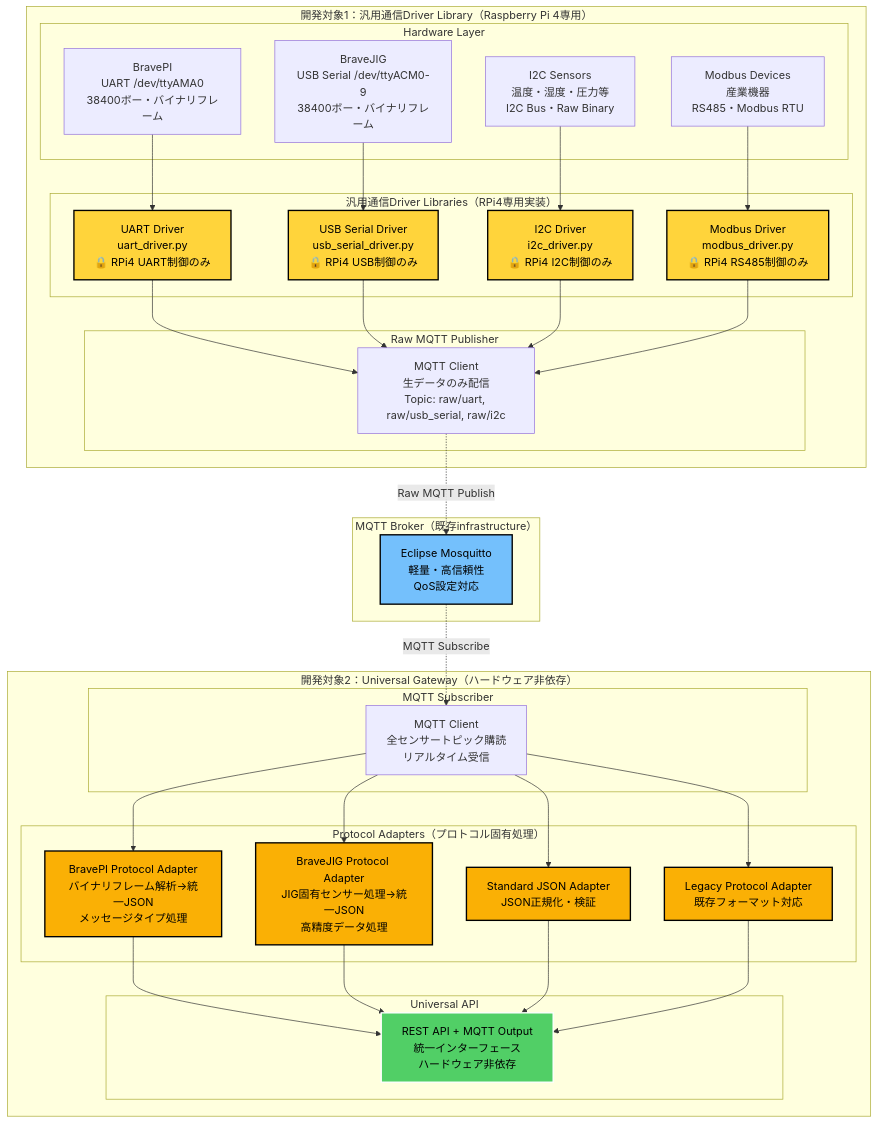
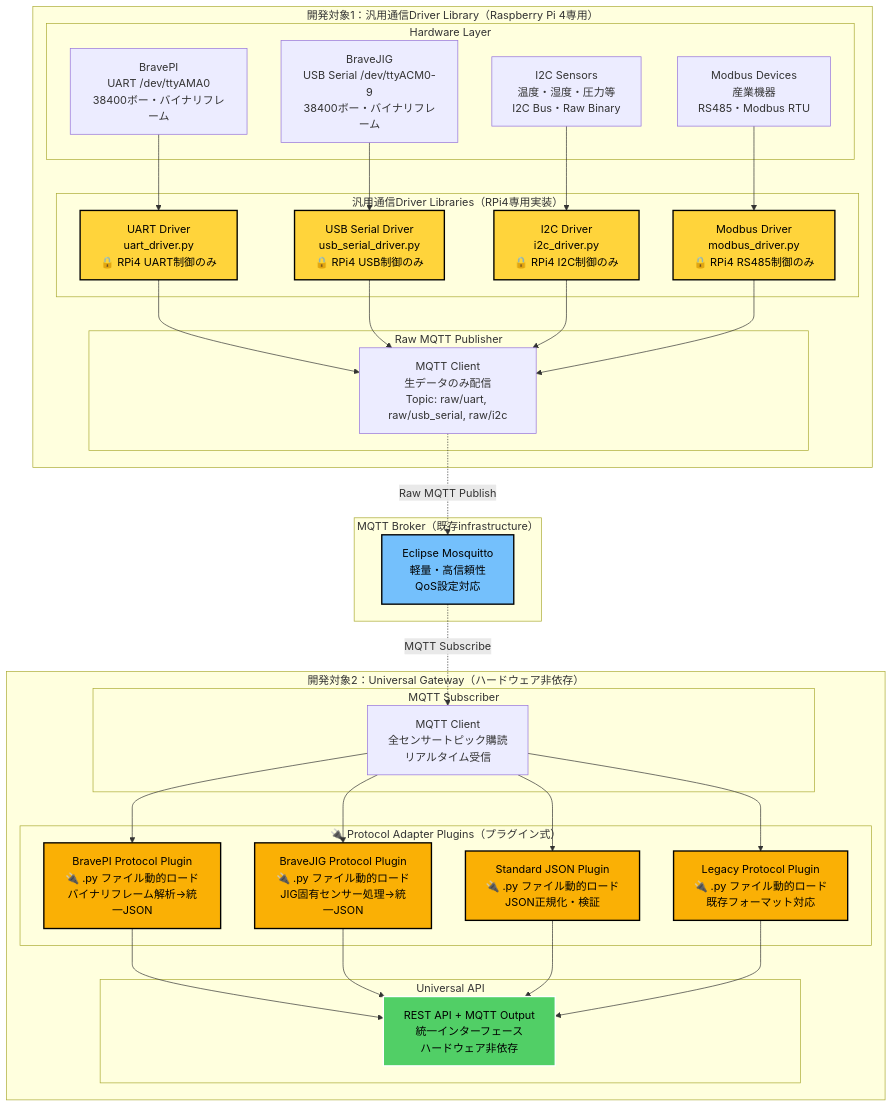
The fifth of 12 diagrams in docs/new-system/architecture/system-overview-diagrams.md (w-pinkietech/iot4-copy), drawn with Mermaid before and after one commit. The commit also changed other lines of this file, not shown here.

````diff
--- a/docs/new-system/architecture/system-overview-diagrams.md
+++ b/docs/new-system/architecture/system-overview-diagrams.md
@@ -256,72 +256,72 @@
 ```mermaid
 graph TB
     subgraph "開発対象1：汎用通信Driver Library（Raspberry Pi 4専用）"
         subgraph "Hardware Layer"
             HW1[BravePI<br/>UART /dev/ttyAMA0<br/>38400ボー・バイナリフレーム]
             HW2[BraveJIG<br/>USB Serial /dev/ttyACM0-9<br/>38400ボー・バイナリフレーム]
             HW3[I2C Sensors<br/>温度・湿度・圧力等<br/>I2C Bus・Raw Binary]
             HW4[Modbus Devices<br/>産業機器<br/>RS485・Modbus RTU]
         end
         
         subgraph "汎用通信Driver Libraries（RPi4専用実装）"
             DRV1[UART Driver<br/>uart_driver.py<br/>🔒 RPi4 UART制御のみ]
             DRV2[USB Serial Driver<br/>usb_serial_driver.py<br/>🔒 RPi4 USB制御のみ]
             DRV3[I2C Driver<br/>i2c_driver.py<br/>🔒 RPi4 I2C制御のみ]
             DRV4[Modbus Driver<br/>modbus_driver.py<br/>🔒 RPi4 RS485制御のみ]
         end
         
         subgraph "Raw MQTT Publisher"
             PUB1[MQTT Client<br/>生データのみ配信<br/>Topic: raw/uart, raw/usb_serial, raw/i2c]
         end
     end
     
     subgraph "MQTT Broker（既存infrastructure）"
         BROKER[Eclipse Mosquitto<br/>軽量・高信頼性<br/>QoS設定対応]
     end
     
     subgraph "開発対象2：Universal Gateway（ハードウェア非依存）"
         subgraph "MQTT Subscriber"
             SUB[MQTT Client<br/>全センサートピック購読<br/>リアルタイム受信]
         end
         
-        subgraph "Protocol Adapters（プロトコル固有処理）"
-            PA1[BravePI Protocol Adapter<br/>バイナリフレーム解析→統一JSON<br/>メッセージタイプ処理]
-            PA2[BraveJIG Protocol Adapter<br/>JIG固有センサー処理→統一JSON<br/>高精度データ処理]
-            PA3[Standard JSON Adapter<br/>JSON正規化・検証]
-            PA4[Legacy Protocol Adapter<br/>既存フォーマット対応]
+        subgraph "🔌 Protocol Adapter Plugins（プラグイン式）"
+            PA1[BravePI Protocol Plugin<br/>🔌 .py ファイル動的ロード<br/>バイナリフレーム解析→統一JSON]
+            PA2[BraveJIG Protocol Plugin<br/>🔌 .py ファイル動的ロード<br/>JIG固有センサー処理→統一JSON]
+            PA3[Standard JSON Plugin<br/>🔌 .py ファイル動的ロード<br/>JSON正規化・検証]
+            PA4[Legacy Protocol Plugin<br/>🔌 .py ファイル動的ロード<br/>既存フォーマット対応]
         end
         
         subgraph "Universal API"
             API[REST API + MQTT Output<br/>統一インターフェース<br/>ハードウェア非依存]
         end
     end
     
     HW1 --> DRV1 --> PUB1
     HW2 --> DRV2 --> PUB1
     HW3 --> DRV3 --> PUB1
     HW4 --> DRV4 --> PUB1
     
     PUB1 -.->|Raw MQTT Publish| BROKER
     BROKER -.->|MQTT Subscribe| SUB
     
     SUB --> PA1
     SUB --> PA2
     SUB --> PA3
     SUB --> PA4
     
     PA1 --> API
     PA2 --> API
     PA3 --> API
     PA4 --> API
     
     style DRV1 fill:#ffd43b,stroke:#000,stroke-width:2px,color:#000
     style DRV2 fill:#ffd43b,stroke:#000,stroke-width:2px,color:#000
     style DRV3 fill:#ffd43b,stroke:#000,stroke-width:2px,color:#000
     style DRV4 fill:#ffd43b,stroke:#000,stroke-width:2px,color:#000
     style BROKER fill:#74c0fc,stroke:#000,stroke-width:2px,color:#000
     style PA1 fill:#fab005,stroke:#000,stroke-width:2px,color:#000
     style PA2 fill:#fab005,stroke:#000,stroke-width:2px,color:#000
     style PA3 fill:#fab005,stroke:#000,stroke-width:2px,color:#000
     style PA4 fill:#fab005,stroke:#000,stroke-width:2px,color:#000
     style API fill:#51cf66,stroke:#fff,stroke-width:2px,color:#000
 ```
````
